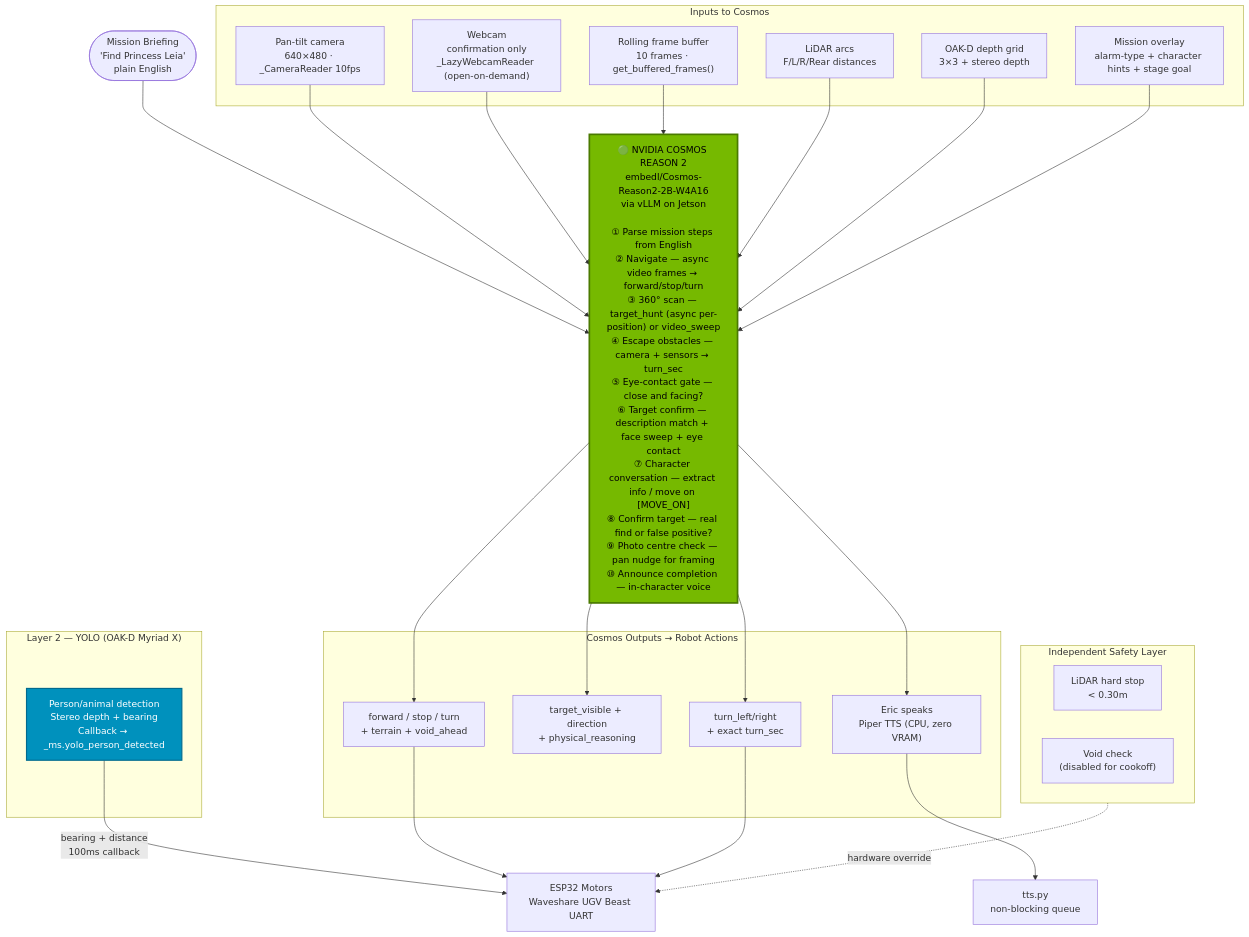
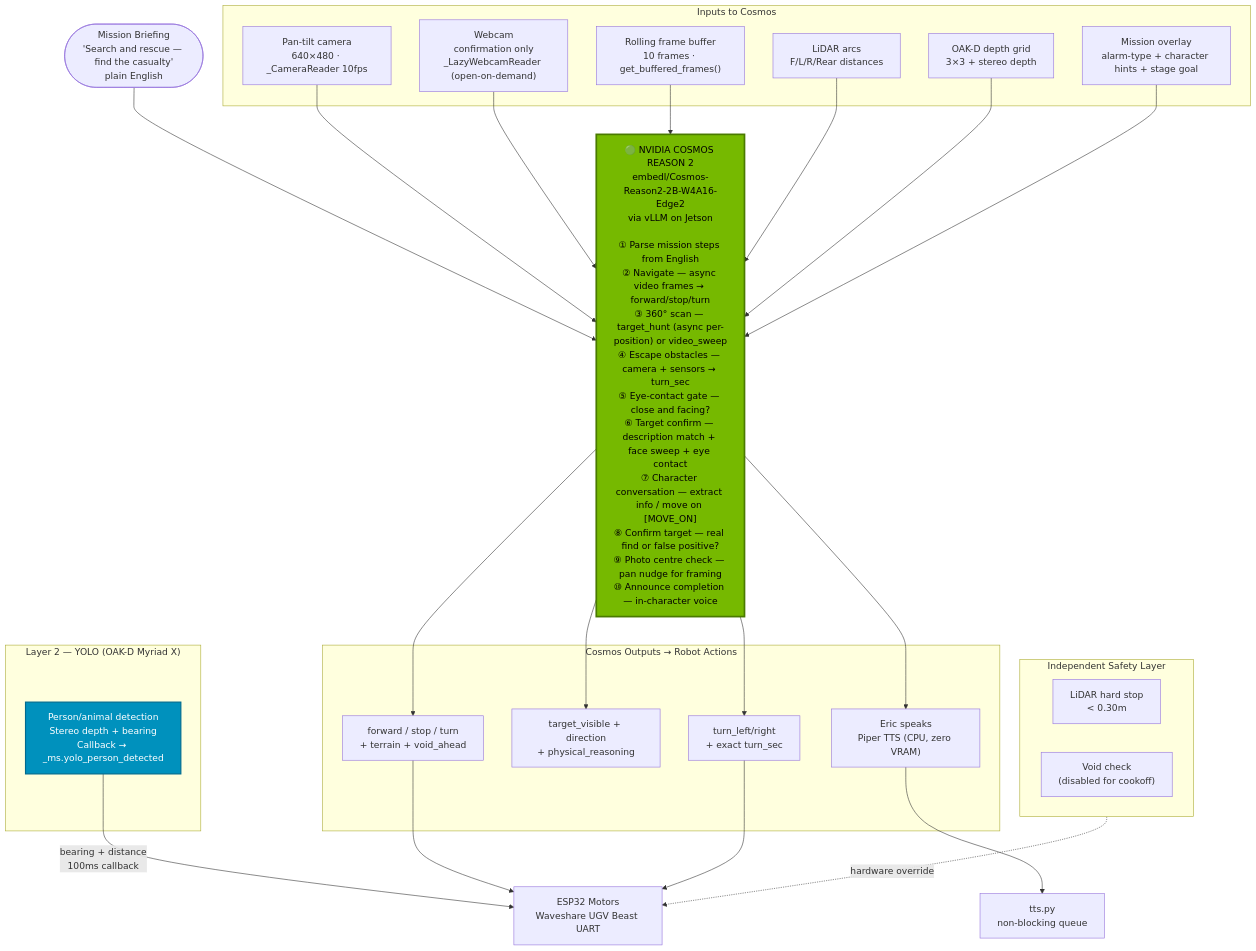
Before and after one commit to OppaAI/eric: the diagram in README.md, drawn with Mermaid. The commit also changed other lines of this file, not shown here.

````diff
--- a/README.md
+++ b/README.md
@@ -39,43 +39,43 @@
 ```mermaid
 flowchart TD
-    BRIEFING(["Mission Briefing\n'Find Princess Leia'\nplain English"])
+    BRIEFING(["Mission Briefing\n'Search and rescue — find the casualty'\nplain English"])
 
-    COSMOS["🟢 NVIDIA COSMOS REASON 2\nembedl/Cosmos-Reason2-2B-W4A16\nvia vLLM on Jetson\n\n① Parse mission steps from English\n② Navigate — async video frames → forward/stop/turn\n③ 360° scan — target_hunt (async per-position) or video_sweep\n④ Escape obstacles — camera + sensors → turn_sec\n⑤ Eye-contact gate — close and facing?\n⑥ Target confirm — description match + face sweep + eye contact\n⑦ Character conversation — extract info / move on [MOVE_ON]\n⑧ Confirm target — real find or false positive?\n⑨ Photo centre check — pan nudge for framing\n⑩ Announce completion — in-character voice"]
+    COSMOS["🟢 NVIDIA COSMOS REASON 2\nembedl/Cosmos-Reason2-2B-W4A16-Edge2\nvia vLLM on Jetson\n\n① Parse mission steps from English\n② Navigate — async video frames → forward/stop/turn\n③ 360° scan — target_hunt (async per-position) or video_sweep\n④ Escape obstacles — camera + sensors → turn_sec\n⑤ Eye-contact gate — close and facing?\n⑥ Target confirm — description match + face sweep + eye contact\n⑦ Character conversation — extract info / move on [MOVE_ON]\n⑧ Confirm target — real find or false positive?\n⑨ Photo centre check — pan nudge for framing\n⑩ Announce completion — in-character voice"]
 
     style COSMOS fill:#76b900,color:#000,stroke:#4a7a00,stroke-width:3px
 
     subgraph INPUTS["Inputs to Cosmos"]
         CAM["Pan-tilt camera\n640×480 · _CameraReader 10fps"]
         WC["Webcam\nconfirmation only\n_LazyWebcamReader (open-on-demand)"]
         BUF["Rolling frame buffer\n10 frames · get_buffered_frames()"]
         LIDAR["LiDAR arcs\nF/L/R/Rear distances"]
         OAKD["OAK-D depth grid\n3×3 + stereo depth"]
         OVERLAY["Mission overlay\nalarm-type + character hints + stage goal"]
     end
 
     subgraph LAYER2["Layer 2 — YOLO (OAK-D Myriad X)"]
         YOLO["Person/animal detection\nStereo depth + bearing\nCallback → _ms.yolo_person_detected"]
         style YOLO fill:#0091BD,color:#fff,stroke:#006a8e,stroke-width:2px
     end
 
     subgraph OUTPUTS["Cosmos Outputs → Robot Actions"]
         NAV["forward / stop / turn\n+ terrain + void_ahead"]
         TARGET["target_visible + direction\n+ physical_reasoning"]
         ESCAPE["turn_left/right\n+ exact turn_sec"]
         SPEECH["Eric speaks\nPiper TTS (CPU, zero VRAM)"]
     end
 
     subgraph SAFETY["Independent Safety Layer"]
         LIDAR_S["LiDAR hard stop\n< 0.30m"]
         VOID["Void check\n(disabled for cookoff)"]
     end
 
     BRIEFING --> COSMOS
     CAM & WC & BUF & LIDAR & OAKD & OVERLAY --> COSMOS
     COSMOS --> NAV & TARGET & ESCAPE & SPEECH
     YOLO -->|"bearing + distance\n100ms callback"| MOTORS
     SAFETY -.->|"hardware override"| MOTORS
 
     NAV & ESCAPE --> MOTORS["ESP32 Motors\nWaveshare UGV Beast UART"]
     SPEECH --> TTS["tts.py\nnon-blocking queue"]
 ```
````
